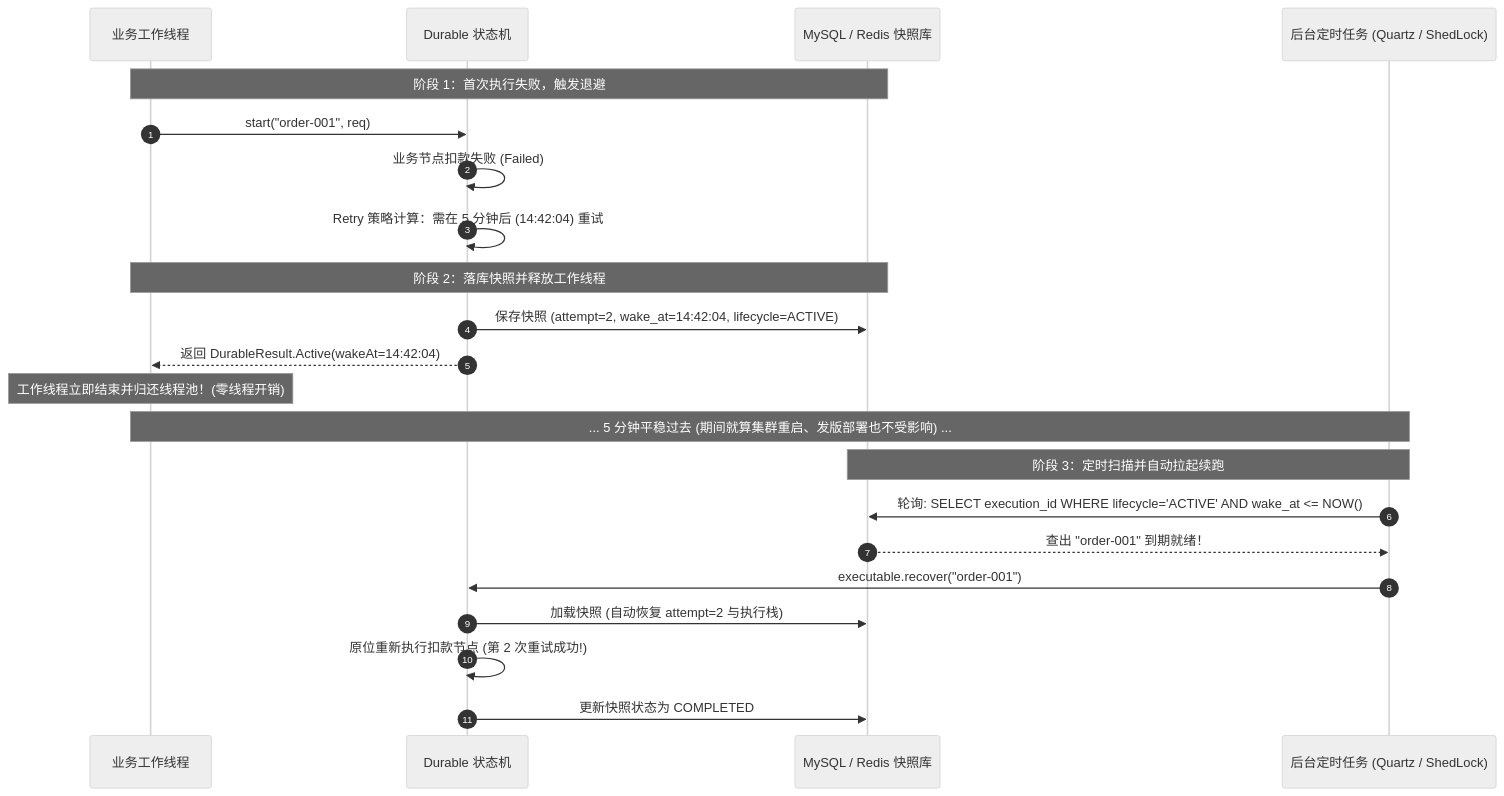
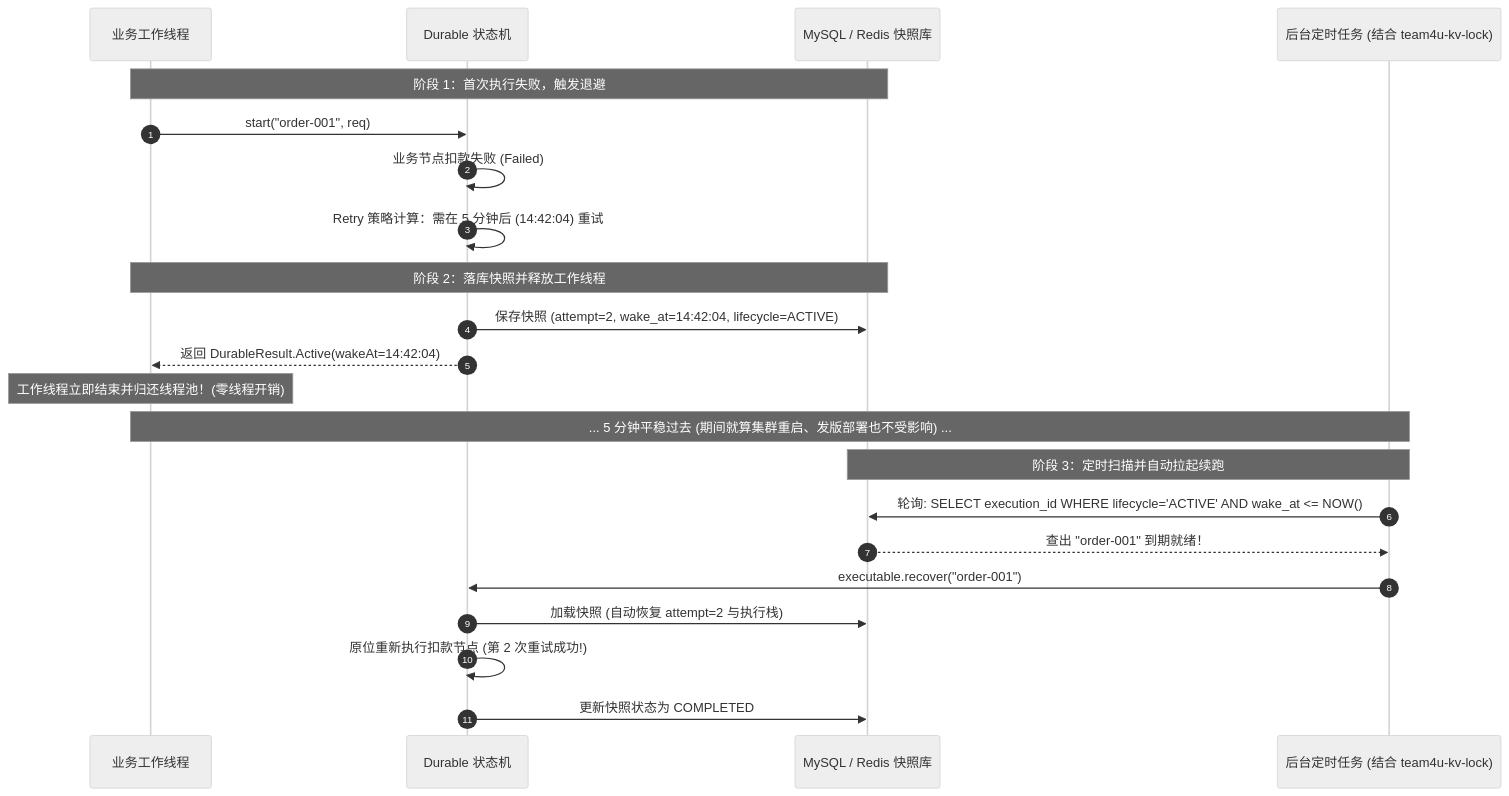
One commit to team4u/team4u-framework changed the third of 3 diagrams in docs/flow/policy-retry.md. Above: the diagram before and after it, drawn with Mermaid (neutral theme). The commit also changed other lines of this file and 1 other file, not shown here.

Commit message:
docs(flow): replace external lock with framework native team4u-kv-lock in scheduler examples and diagrams

````diff
--- a/docs/flow/policy-retry.md
+++ b/docs/flow/policy-retry.md
@@ -256,28 +256,28 @@
 ```mermaid
 sequenceDiagram
     autonumber
     participant Worker as 业务工作线程
     participant Engine as Durable 状态机
     participant DB as MySQL / Redis 快照库
-    participant Sched as 后台定时任务 (Quartz / ShedLock)
+    participant Sched as 后台定时任务 (结合 team4u-kv-lock)
 
     Note over Worker, DB: 阶段 1：首次执行失败，触发退避
     Worker->>Engine: start("order-001", req)
     Engine->>Engine: 业务节点扣款失败 (Failed)
     Engine->>Engine: Retry 策略计算：需在 5 分钟后 (14:42:04) 重试
     
     Note over Worker, DB: 阶段 2：落库快照并释放工作线程
     Engine->>DB: 保存快照 (attempt=2, wake_at=14:42:04, lifecycle=ACTIVE)
     Engine-->>Worker: 返回 DurableResult.Active(wakeAt=14:42:04)
     Note over Worker: 工作线程立即结束并归还线程池！(零线程开销)
 
     Note over Worker, Sched: ... 5 分钟平稳过去 (期间就算集群重启、发版部署也不受影响) ...
 
     Note over DB, Sched: 阶段 3：定时扫描并自动拉起续跑
     Sched->>DB: 轮询: SELECT execution_id WHERE lifecycle='ACTIVE' AND wake_at <= NOW()
     DB-->>Sched: 查出 "order-001" 到期就绪！
     Sched->>Engine: executable.recover("order-001")
     Engine->>DB: 加载快照 (自动恢复 attempt=2 与执行栈)
     Engine->>Engine: 原位重新执行扣款节点 (第 2 次重试成功!)
     Engine->>DB: 更新快照状态为 COMPLETED
 ```
````
